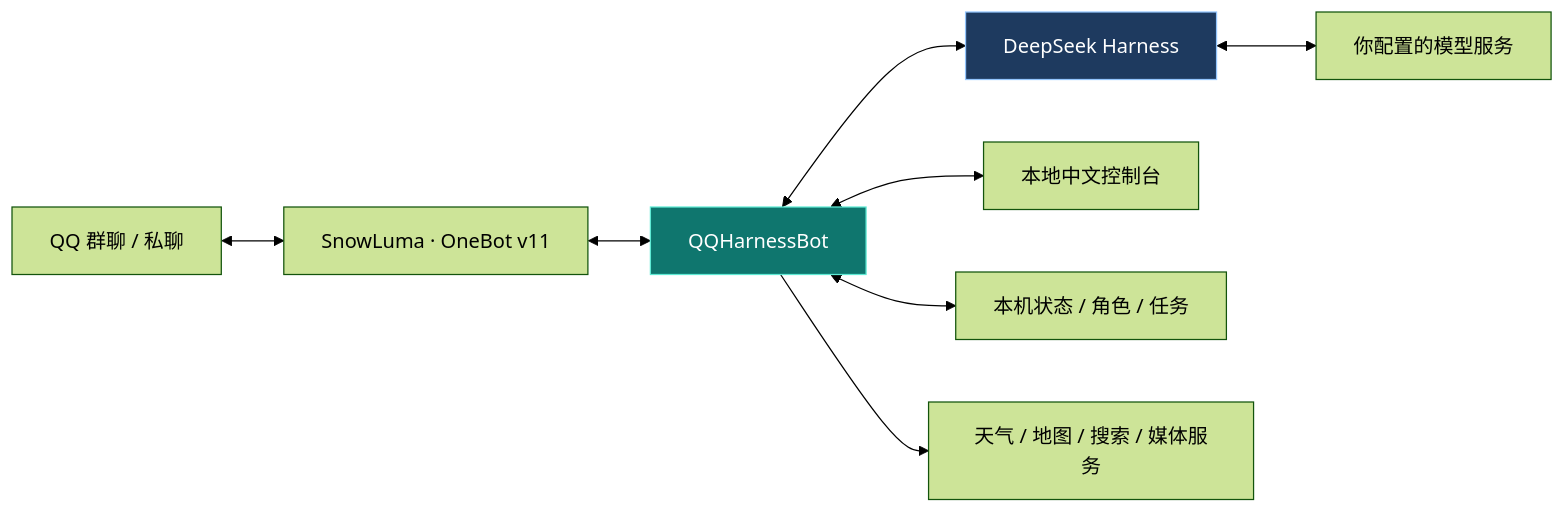
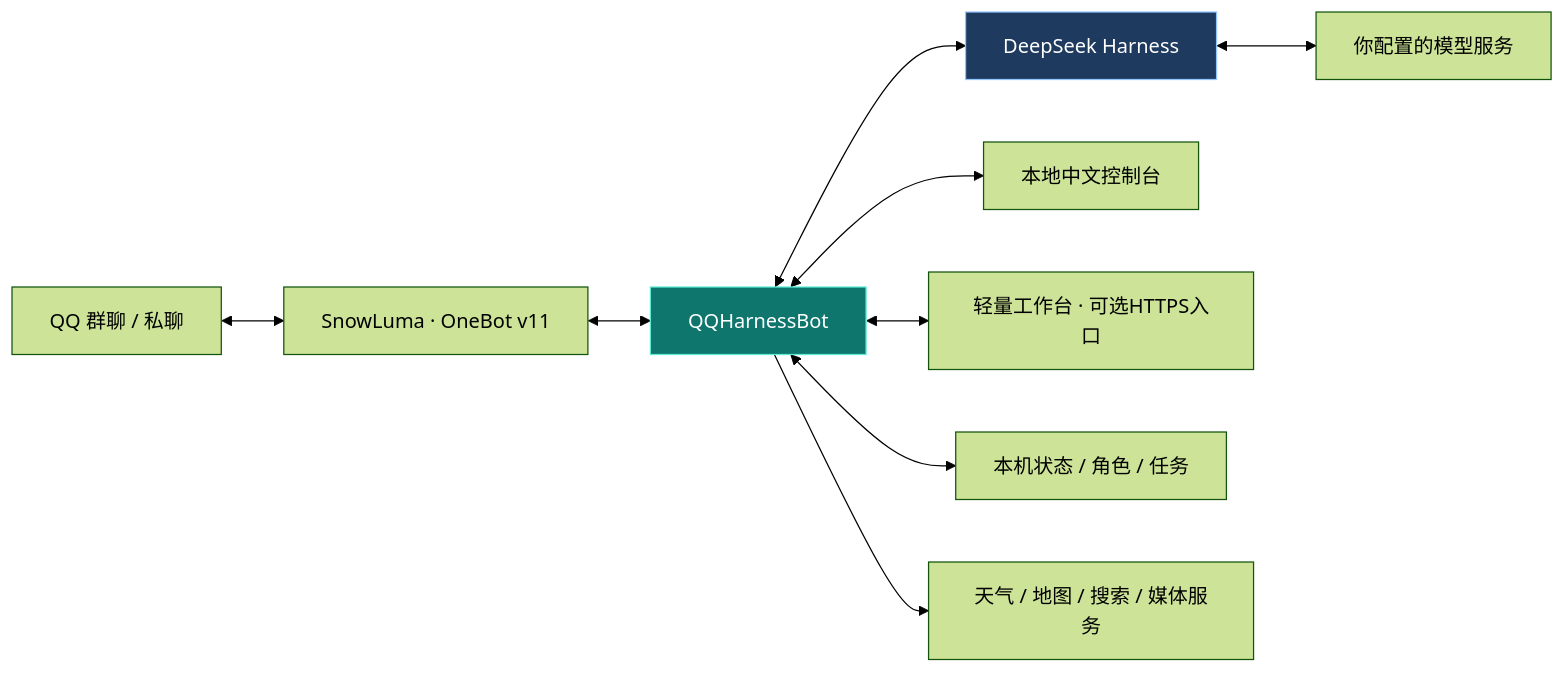
One commit to YZzy2006/QQHarnessBot changed the diagram in README.md. Above: the diagram before and after it, drawn with Mermaid (forest theme). The commit also changed other lines of this file and 288 other files, not shown here.

````diff
--- a/README.md
+++ b/README.md
@@ -103,12 +108,13 @@
 ```mermaid
 flowchart LR
     QQ[QQ 群聊 / 私聊] <--> OB[SnowLuma · OneBot v11]
     OB <--> BOT[QQHarnessBot]
     BOT <--> DSH[DeepSeek Harness]
     DSH <--> MODEL[你配置的模型服务]
     BOT <--> CONSOLE[本地中文控制台]
+    BOT <--> WORKBENCH[轻量工作台 · 可选HTTPS入口]
     BOT <--> STATE[本机状态 / 角色 / 任务]
     BOT --> SERVICES[天气 / 地图 / 搜索 / 媒体服务]
     style BOT fill:#0f766e,stroke:#5eead4,color:#fff
     style DSH fill:#1e3a5f,stroke:#93c5fd,color:#fff
 ```
````
